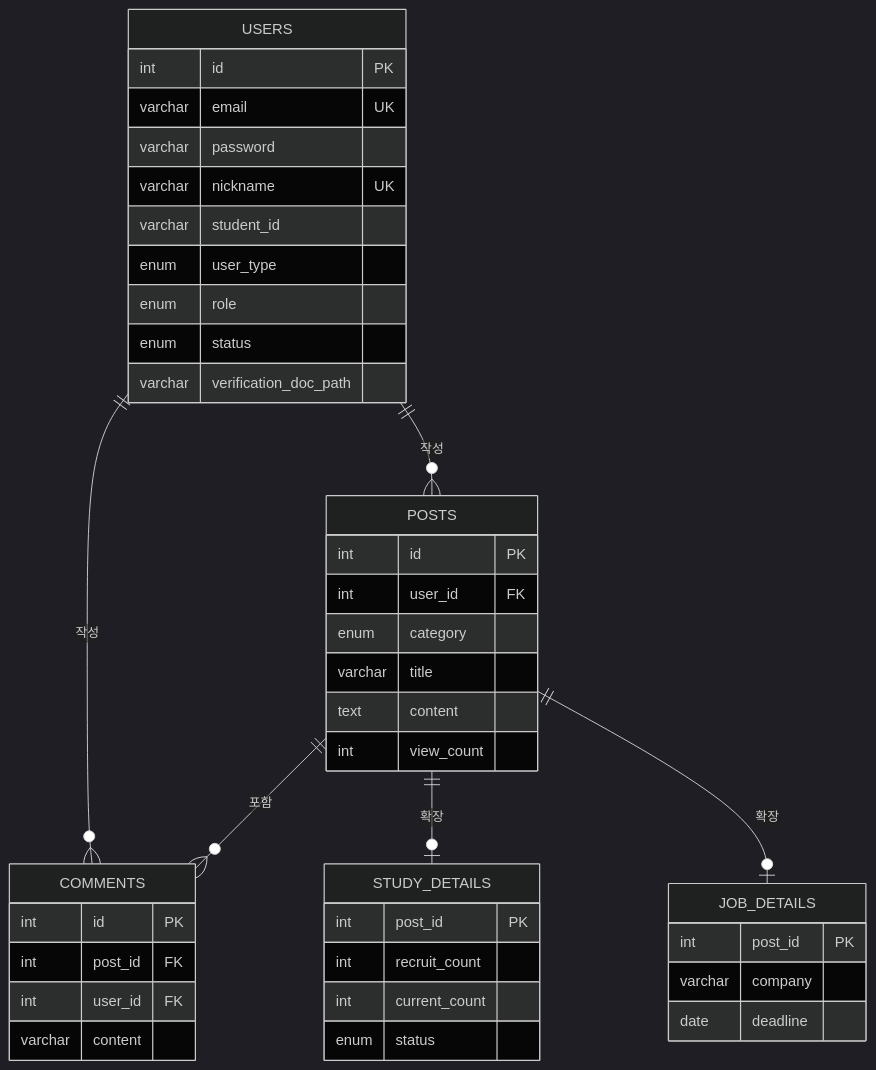
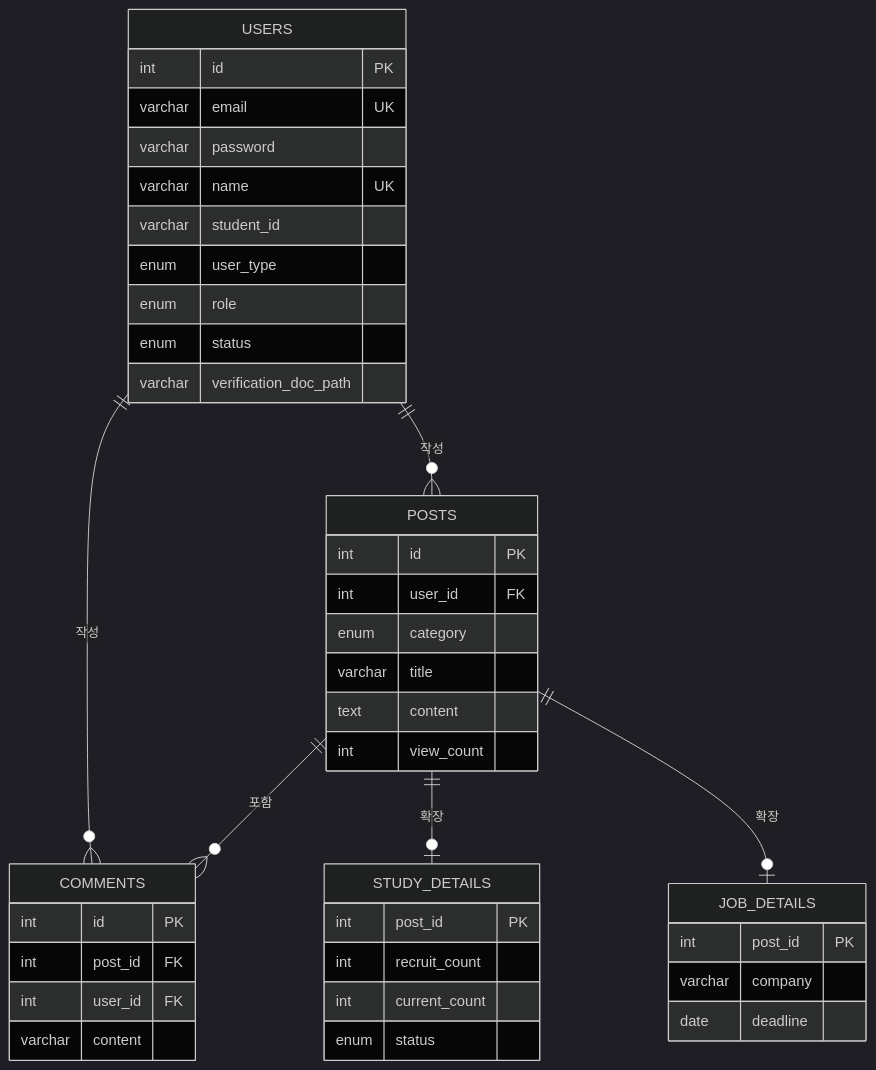
One commit to MidirK/AI- changed the diagram in DB_ERD.mermaid. Above: the diagram before and after it, drawn with Mermaid (dark theme). The commit also changed 29 other files, not shown here.

```diff
--- a/DB_ERD.mermaid
+++ b/DB_ERD.mermaid
@@ -1,43 +1,43 @@
 erDiagram
     USERS ||--o{ POSTS : 작성
     USERS ||--o{ COMMENTS : 작성
     POSTS ||--o{ COMMENTS : 포함
     POSTS ||--o| STUDY_DETAILS : 확장
     POSTS ||--o| JOB_DETAILS : 확장
 
     USERS {
         int id PK
         varchar email UK
         varchar password
-        varchar nickname UK
+        varchar name UK
         varchar student_id
         enum user_type
         enum role
         enum status
         varchar verification_doc_path
     }
     POSTS {
         int id PK
         int user_id FK
         enum category
         varchar title
         text content
         int view_count
     }
     COMMENTS {
         int id PK
         int post_id FK
         int user_id FK
         varchar content
     }
     STUDY_DETAILS {
         int post_id PK
         int recruit_count
         int current_count
         enum status
     }
     JOB_DETAILS {
         int post_id PK
         varchar company
         date deadline
     }
```
